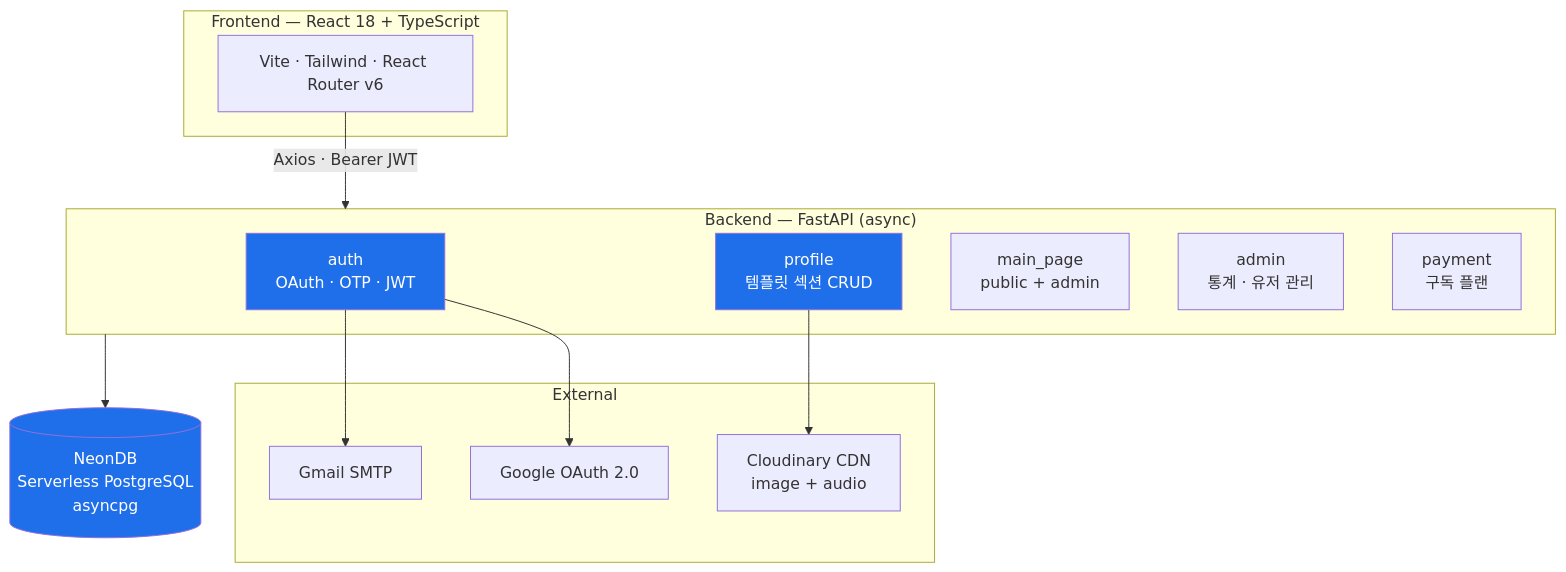
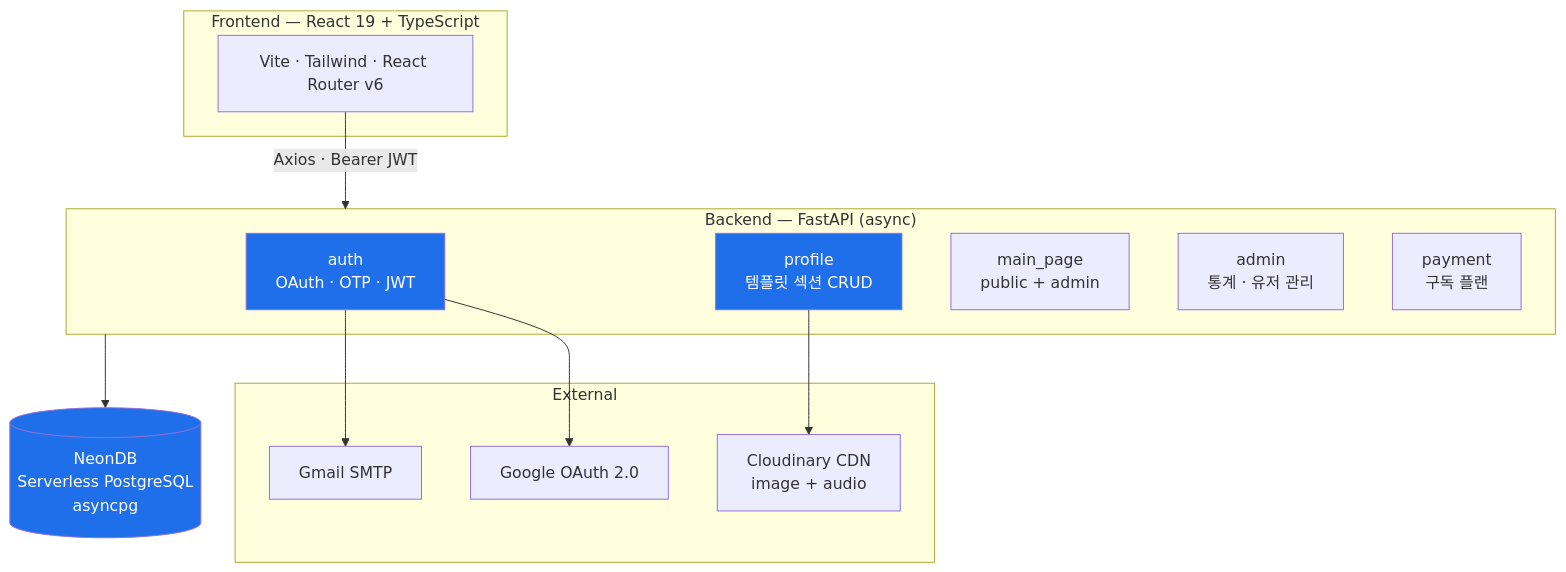
The diagram in README.md (bell-ha/artist-promotion-platform), drawn with Mermaid before and after one commit. The commit also changed other lines of this file, not shown here.

````diff
--- a/README.md
+++ b/README.md
@@ -81,32 +81,32 @@
 ```mermaid
 flowchart TB
-    subgraph FE["Frontend — React 18 + TypeScript"]
+    subgraph FE["Frontend — React 19 + TypeScript"]
         UI["Vite · Tailwind · React Router v6"]
     end
 
     subgraph BE["Backend — FastAPI (async)"]
         AUTH["auth<br/>OAuth · OTP · JWT"]
         PROF["profile<br/>템플릿 섹션 CRUD"]
         MAIN["main_page<br/>public + admin"]
         ADMIN["admin<br/>통계 · 유저 관리"]
         PAY["payment<br/>구독 플랜"]
     end
 
     subgraph EXT["External"]
         G["Google OAuth 2.0"]
         M["Gmail SMTP"]
         C["Cloudinary CDN<br/>image + audio"]
     end
 
     DB[("NeonDB<br/>Serverless PostgreSQL<br/>asyncpg")]
 
     UI -->|"Axios · Bearer JWT"| BE
     AUTH --> G
     AUTH --> M
     PROF --> C
     BE --> DB
 
     style AUTH fill:#1f6feb,color:#fff
     style PROF fill:#1f6feb,color:#fff
     style DB fill:#1f6feb,color:#fff
 ```
````
